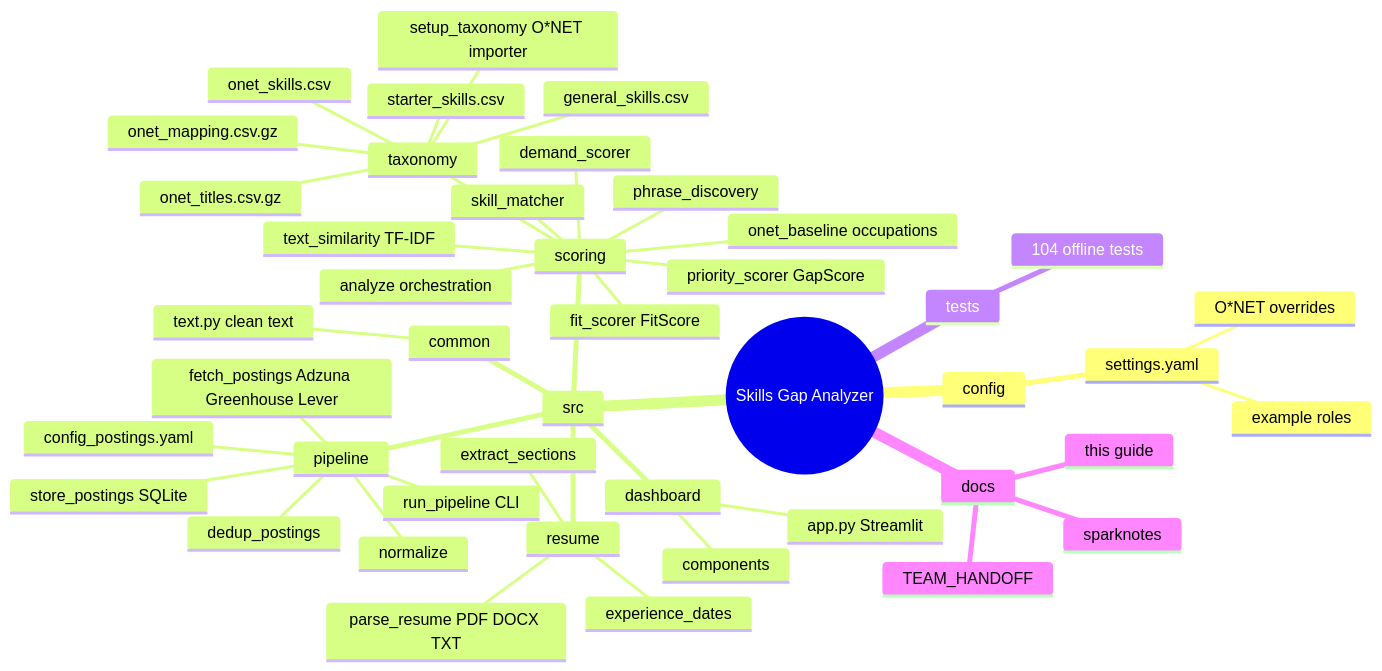
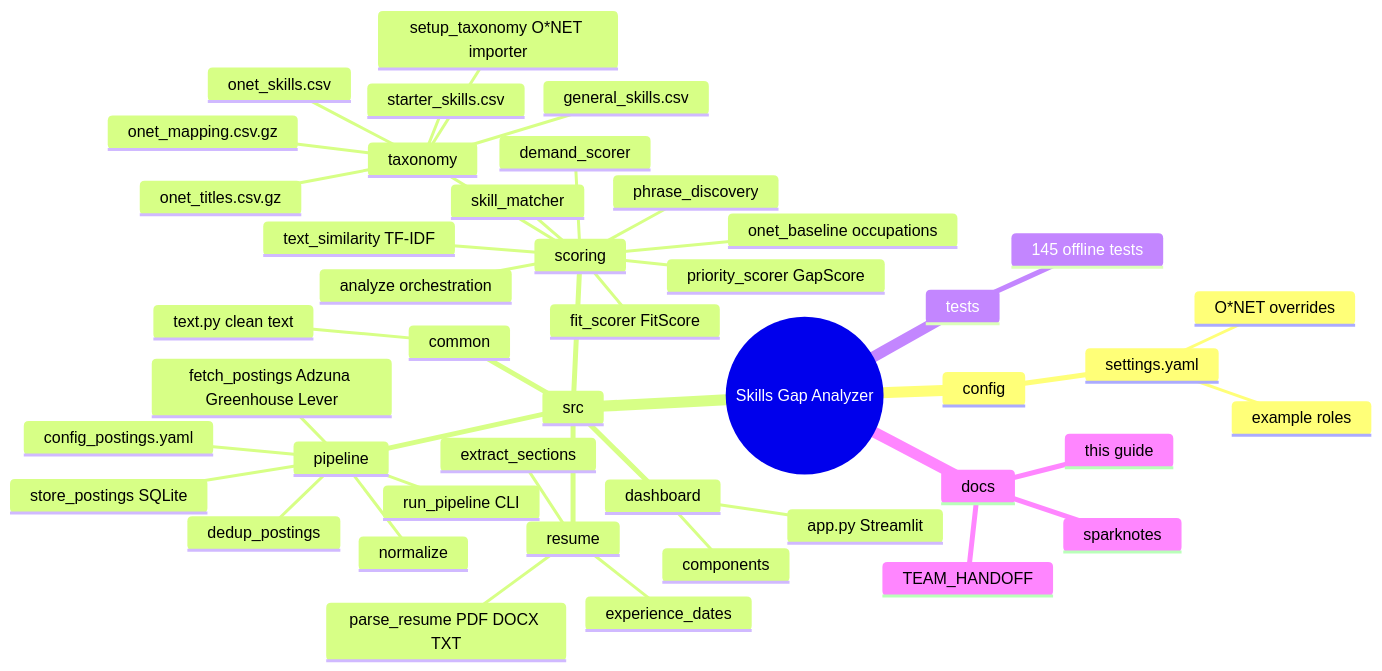
The third of 7 diagrams in docs/Skills Gap Analyzer - Complete Guide.md (luislimon12/skills_gap_analyzer), drawn with Mermaid before and after one commit. The commit also changed other lines of this file and 22 other files, not shown here.

````diff
--- a/docs/Skills Gap Analyzer - Complete Guide.md
+++ b/docs/Skills Gap Analyzer - Complete Guide.md
@@ -141,47 +145,47 @@
 ```mermaid
 mindmap
   root((Skills Gap Analyzer))
     config
       settings.yaml
         example roles
         O*NET overrides
     src
       common
         text.py clean text
       pipeline
         fetch_postings Adzuna Greenhouse Lever
         normalize
         dedup_postings
         store_postings SQLite
         run_pipeline CLI
         config_postings.yaml
       resume
         parse_resume PDF DOCX TXT
         extract_sections
         experience_dates
       scoring
         skill_matcher
         demand_scorer
         priority_scorer GapScore
         fit_scorer FitScore
         analyze orchestration
         onet_baseline occupations
         phrase_discovery
         text_similarity TF-IDF
         taxonomy
           starter_skills.csv
           general_skills.csv
           onet_skills.csv
           onet_mapping.csv.gz
           onet_titles.csv.gz
           setup_taxonomy O*NET importer
       dashboard
         app.py Streamlit
         components
     tests
-      104 offline tests
+      145 offline tests
     docs
       this guide
       TEAM_HANDOFF
       sparknotes
 ```
````
